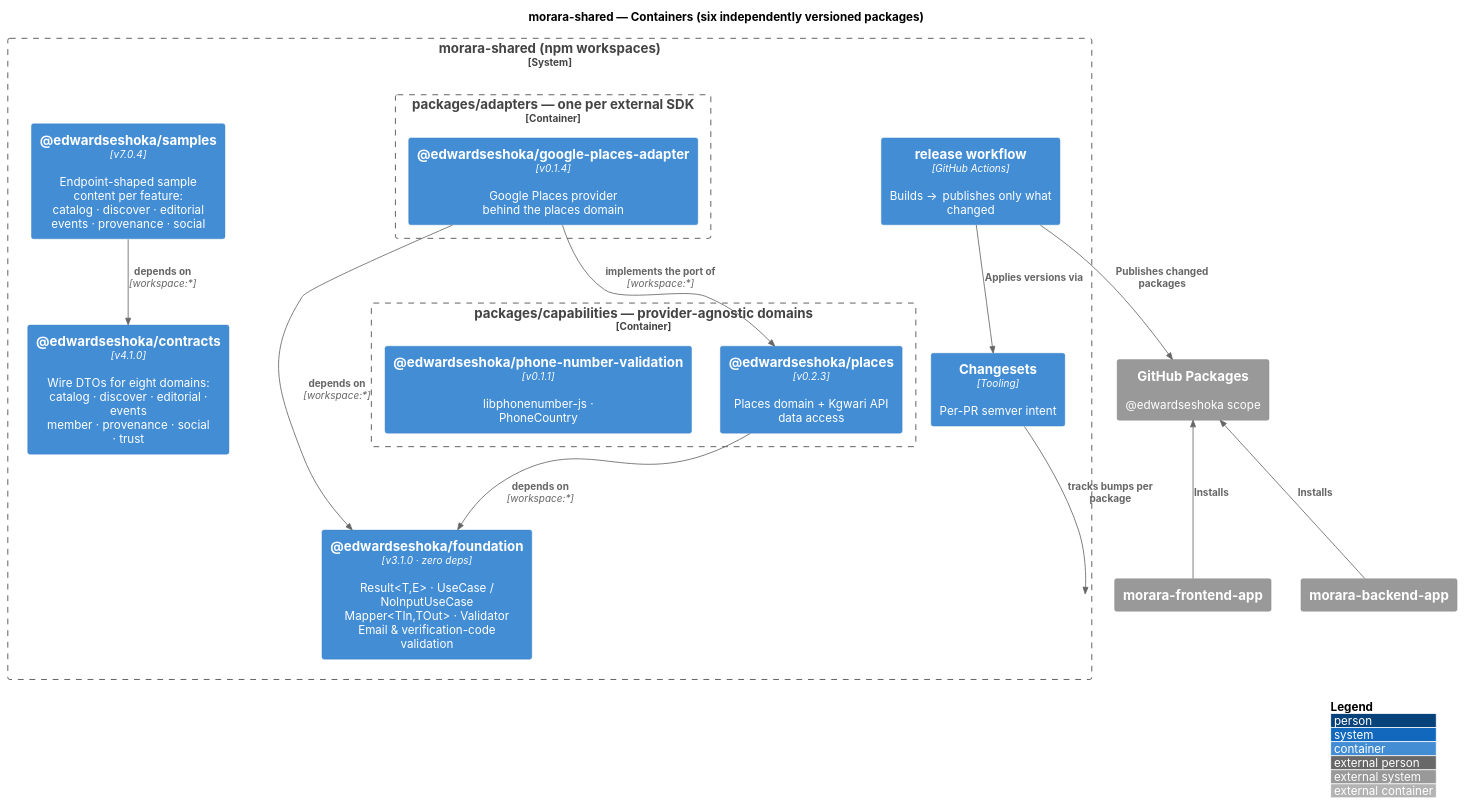
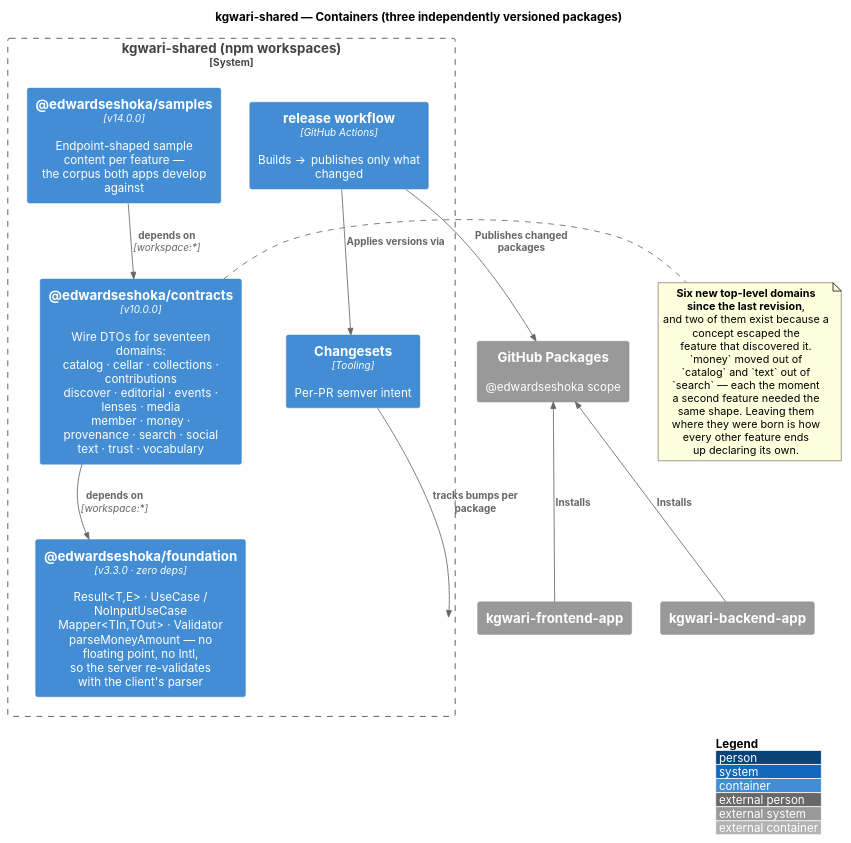
Before and after one commit to EdwardSeshoka/kgwari-portfolio: the diagram in site-src/diagrams/sh-container.puml, drawn with PlantUML. The commit also changed 57 other files, not shown here.

```diff
--- a/site-src/diagrams/sh-container.puml
+++ b/site-src/diagrams/sh-container.puml
@@ -1,47 +1,46 @@
 @startuml
 !include https://raw.githubusercontent.com/plantuml-stdlib/C4-PlantUML/master/C4_Container.puml
 
 LAYOUT_WITH_LEGEND()
 HIDE_STEREOTYPE()
 skinparam backgroundColor #FFFFFF
 skinparam defaultFontName "Inter"
 skinparam shadowing false
 
-title morara-shared — Containers (six independently versioned packages)
+title kgwari-shared — Containers (three independently versioned packages)
 
-System_Boundary(shared, "morara-shared (npm workspaces)") {
+System_Boundary(shared, "kgwari-shared (npm workspaces)") {
 
-  Container(foundation, "@edwardseshoka/foundation", "v3.1.0 · zero deps", "Result<T,E> · UseCase / NoInputUseCase\nMapper<TIn,TOut> · Validator\nEmail & verification-code validation")
+  Container(foundation, "@edwardseshoka/foundation", "v3.3.0 · zero deps", "Result<T,E> · UseCase / NoInputUseCase\nMapper<TIn,TOut> · Validator\nparseMoneyAmount — no floating point, no Intl,\nso the server re-validates with the client's parser")
 
-  Container(contracts, "@edwardseshoka/contracts", "v4.1.0", "Wire DTOs for eight domains:\ncatalog · discover · editorial · events\nmember · provenance · social · trust")
+  Container(contracts, "@edwardseshoka/contracts", "v10.0.0", "Wire DTOs for seventeen domains:\ncatalog · cellar · collections · contributions\ndiscover · editorial · events · lenses · media\nmember · money · provenance · search · social\ntext · trust · vocabulary")
 
-  Container(samples, "@edwardseshoka/samples", "v7.0.4", "Endpoint-shaped sample content per feature:\ncatalog · discover · editorial\nevents · provenance · social")
-
-  Container_Boundary(caps, "packages/capabilities — provider-agnostic domains") {
-    Container(places, "@edwardseshoka/places", "v0.2.3", "Places domain + Kgwari API data access")
-    Container(phone, "@edwardseshoka/phone-number-validation", "v0.1.1", "libphonenumber-js · PhoneCountry")
-  }
-
-  Container_Boundary(adapters, "packages/adapters — one per external SDK") {
-    Container(gplaces, "@edwardseshoka/google-places-adapter", "v0.1.4", "Google Places provider behind the places domain")
-  }
+  Container(samples, "@edwardseshoka/samples", "v14.0.0", "Endpoint-shaped sample content per feature —\nthe corpus both apps develop against")
 
   Container(cs, "Changesets", "Tooling", "Per-PR semver intent")
   Container(release, "release workflow", "GitHub Actions", "Builds -> publishes only what changed")
 }
 
+note right of contracts
+  **Six new top-level domains since the last revision**,
+  and two of them exist because a concept escaped the
+  feature that discovered it. `money` moved out of
+  `catalog` and `text` out of `search` — each the moment
+  a second feature needed the same shape. Leaving them
+  where they were born is how every other feature ends
+  up declaring its own.
+end note
+
 System_Ext(ghpkg, "GitHub Packages", "@edwardseshoka scope")
-System_Ext(fe, "morara-frontend-app")
-System_Ext(be, "morara-backend-app")
+System_Ext(fe, "kgwari-frontend-app")
+System_Ext(be, "kgwari-backend-app")
 
 Rel(samples, contracts, "depends on", "workspace:*")
-Rel(places, foundation, "depends on", "workspace:*")
-Rel(gplaces, places, "implements the port of", "workspace:*")
-Rel(gplaces, foundation, "depends on", "workspace:*")
+Rel(contracts, foundation, "depends on", "workspace:*")
 Rel(cs, shared, "tracks bumps per package")
 Rel(release, cs, "Applies versions via")
 Rel(release, ghpkg, "Publishes changed packages")
 Rel_Back(ghpkg, fe, "Installs")
 Rel_Back(ghpkg, be, "Installs")
 
 @enduml
```
